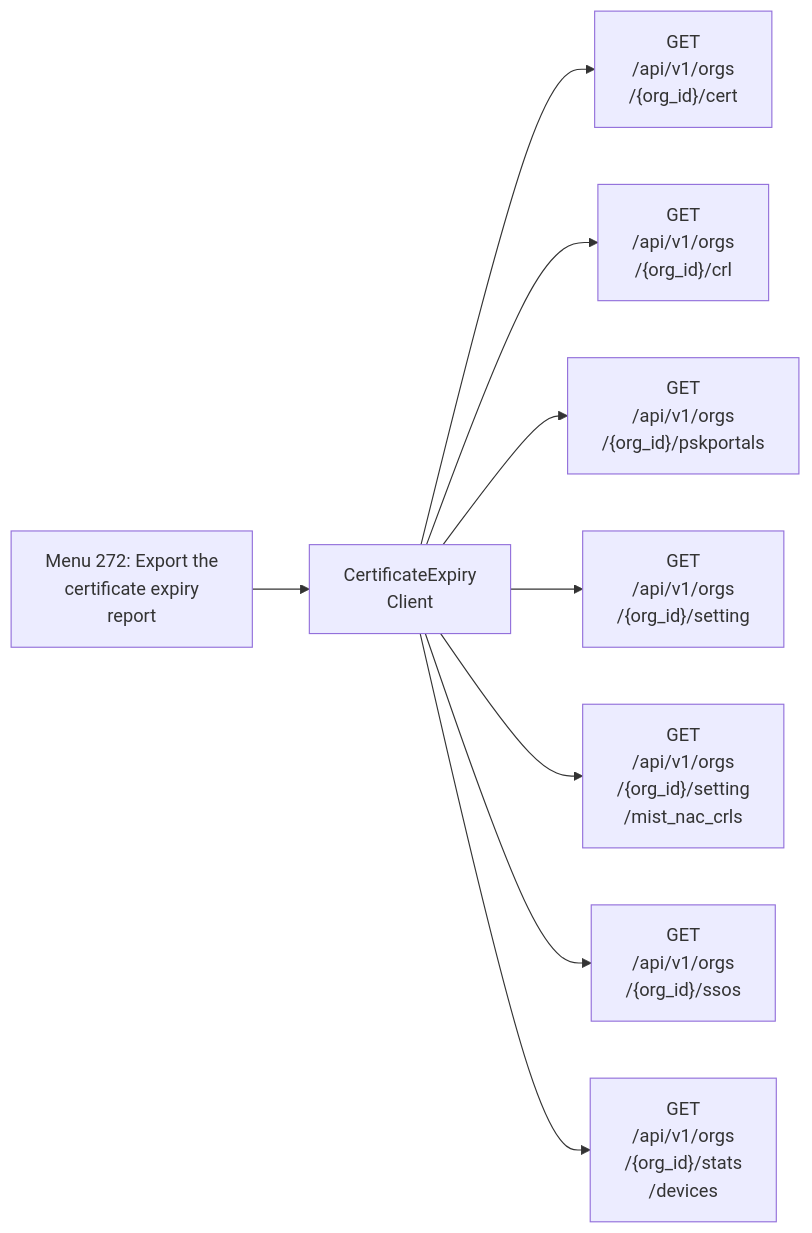
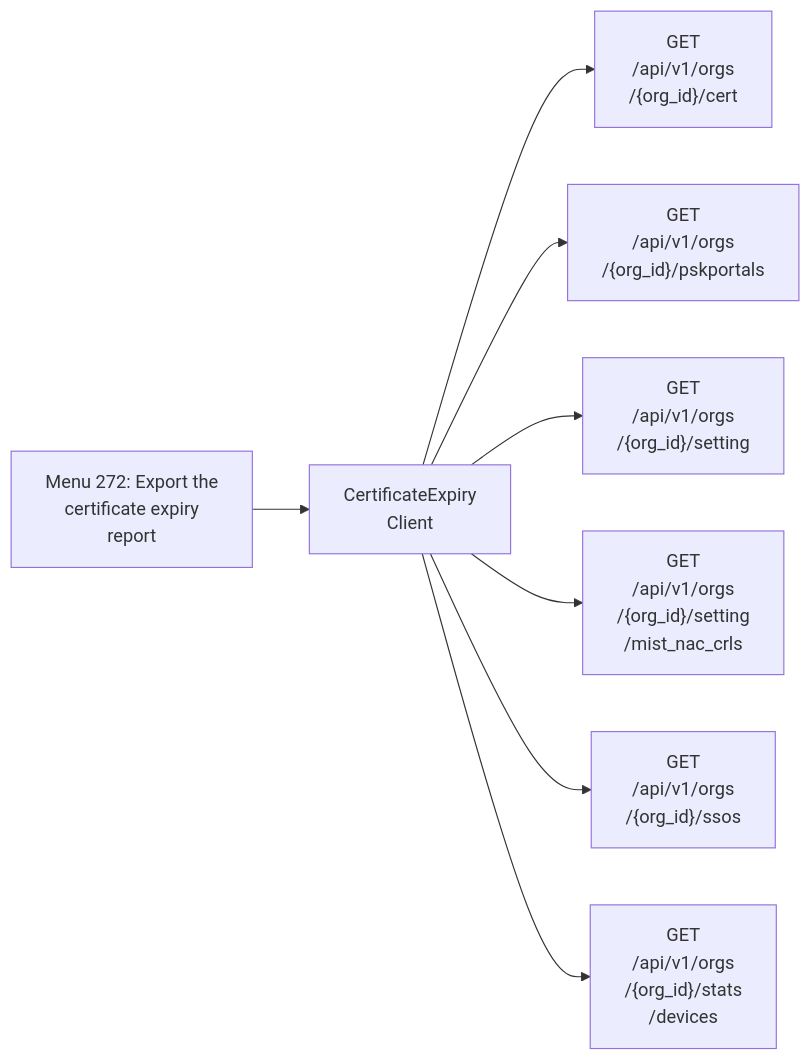
Before and after one commit to jmorrison-juniper/MistHelper: diagram 17 of 22 in documentation/menu-api/safe.md, drawn with Mermaid. The commit also changed other lines of this file and 7 other files, not shown here.

````diff
--- a/documentation/menu-api/safe.md
+++ b/documentation/menu-api/safe.md
@@ -1163,12 +1163,11 @@
 ```mermaid
 flowchart LR
     menu["Menu 272: Export the<br/>certificate expiry<br/>report"]
     menu --> c1["CertificateExpiry<br/>Client"]
     c1 --> e1["GET<br/>/api/v1/orgs<br/>/{org_id}/cert"]
-    c1 --> e2["GET<br/>/api/v1/orgs<br/>/{org_id}/crl"]
-    c1 --> e3["GET<br/>/api/v1/orgs<br/>/{org_id}/pskportals"]
-    c1 --> e4["GET<br/>/api/v1/orgs<br/>/{org_id}/setting"]
-    c1 --> e5["GET<br/>/api/v1/orgs<br/>/{org_id}/setting<br/>/mist_nac_crls"]
-    c1 --> e6["GET<br/>/api/v1/orgs<br/>/{org_id}/ssos"]
-    c1 --> e7["GET<br/>/api/v1/orgs<br/>/{org_id}/stats<br/>/devices"]
+    c1 --> e2["GET<br/>/api/v1/orgs<br/>/{org_id}/pskportals"]
+    c1 --> e3["GET<br/>/api/v1/orgs<br/>/{org_id}/setting"]
+    c1 --> e4["GET<br/>/api/v1/orgs<br/>/{org_id}/setting<br/>/mist_nac_crls"]
+    c1 --> e5["GET<br/>/api/v1/orgs<br/>/{org_id}/ssos"]
+    c1 --> e6["GET<br/>/api/v1/orgs<br/>/{org_id}/stats<br/>/devices"]
 ```
````
